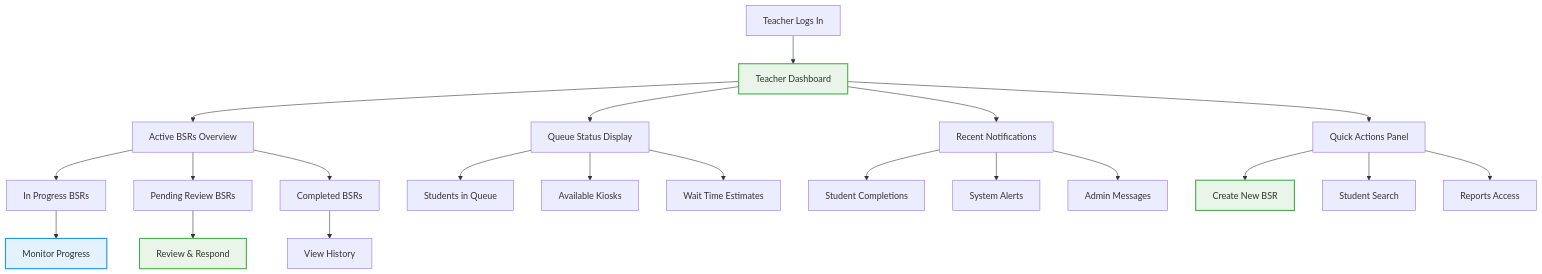
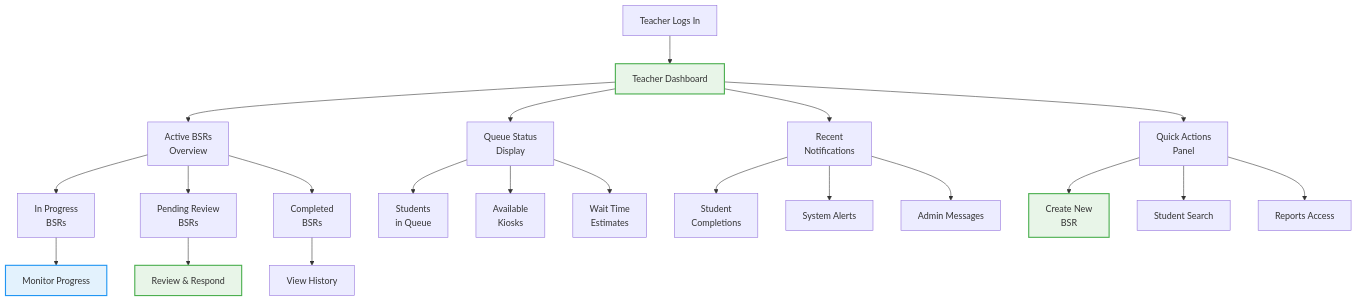
The third of 5 diagrams in docs/flowcharts/User-Journeys/12-teacher-workflow-journey.md (Splurfa/bx-os), drawn with Mermaid before and after one commit. The commit also changed other lines of this file and 11 other files, not shown here.

Commit message:
Fix flowchart text wrapping

````diff
--- a/docs/flowcharts/User-Journeys/12-teacher-workflow-journey.md
+++ b/docs/flowcharts/User-Journeys/12-teacher-workflow-journey.md
@@ -87,33 +87,33 @@
 ```mermaid
 flowchart TD
     A[Teacher Logs In] --> B[Teacher Dashboard]
-    B --> C[Active BSRs Overview]
-    B --> D[Queue Status Display]
-    B --> E[Recent Notifications]
-    B --> F[Quick Actions Panel]
+    B --> C[Active BSRs<br/>Overview]
+    B --> D[Queue Status<br/>Display]
+    B --> E[Recent<br/>Notifications]
+    B --> F[Quick Actions<br/>Panel]
     
-    C --> G[In Progress BSRs]
-    C --> H[Pending Review BSRs]
-    C --> I[Completed BSRs]
+    C --> G[In Progress<br/>BSRs]
+    C --> H[Pending Review<br/>BSRs]
+    C --> I[Completed<br/>BSRs]
     
-    D --> J[Students in Queue]
-    D --> K[Available Kiosks]
-    D --> L[Wait Time Estimates]
+    D --> J[Students<br/>in Queue]
+    D --> K[Available<br/>Kiosks]
+    D --> L[Wait Time<br/>Estimates]
     
-    E --> M[Student Completions]
+    E --> M[Student<br/>Completions]
     E --> N[System Alerts]
     E --> O[Admin Messages]
     
-    F --> P[Create New BSR]
+    F --> P[Create New<br/>BSR]
     F --> Q[Student Search]
     F --> R[Reports Access]
     
     G --> S[Monitor Progress]
     H --> T[Review & Respond]
     I --> U[View History]
     
     style B fill:#e8f5e8,stroke:#4caf50,stroke-width:2px
     style P fill:#e8f5e8,stroke:#4caf50,stroke-width:2px
     style T fill:#e8f5e8,stroke:#4caf50,stroke-width:2px
     style S fill:#e3f2fd,stroke:#2196f3,stroke-width:2px
 ```
````
